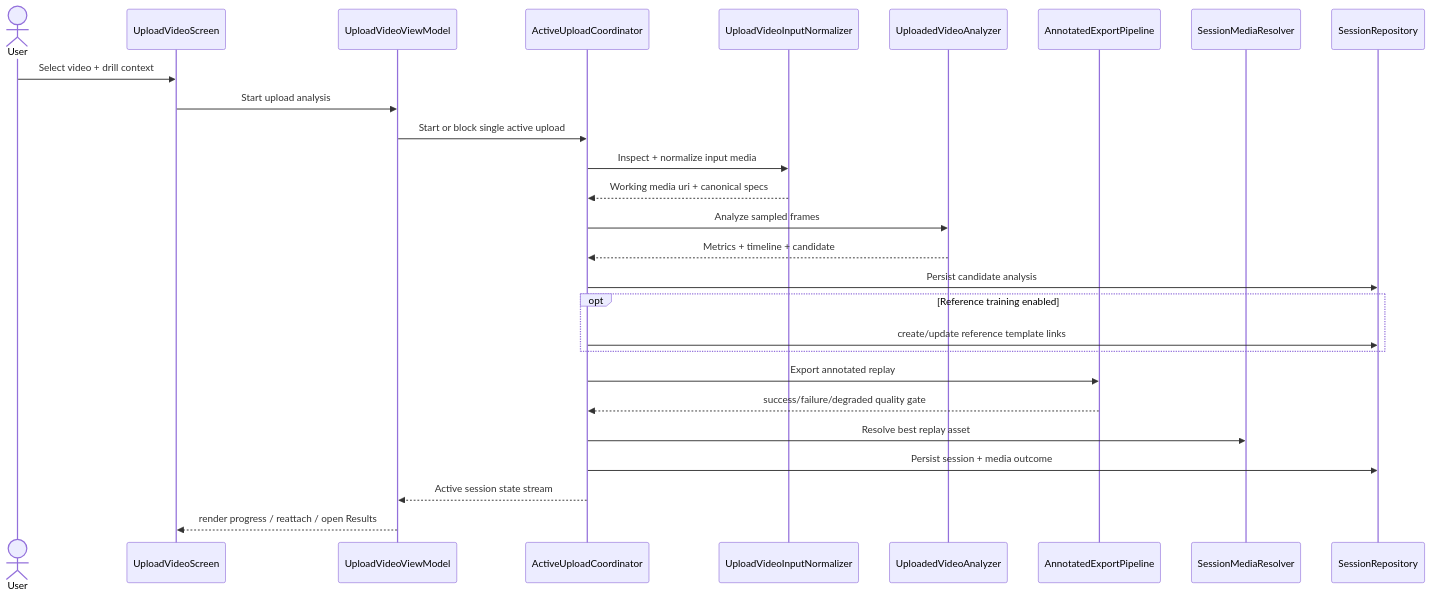
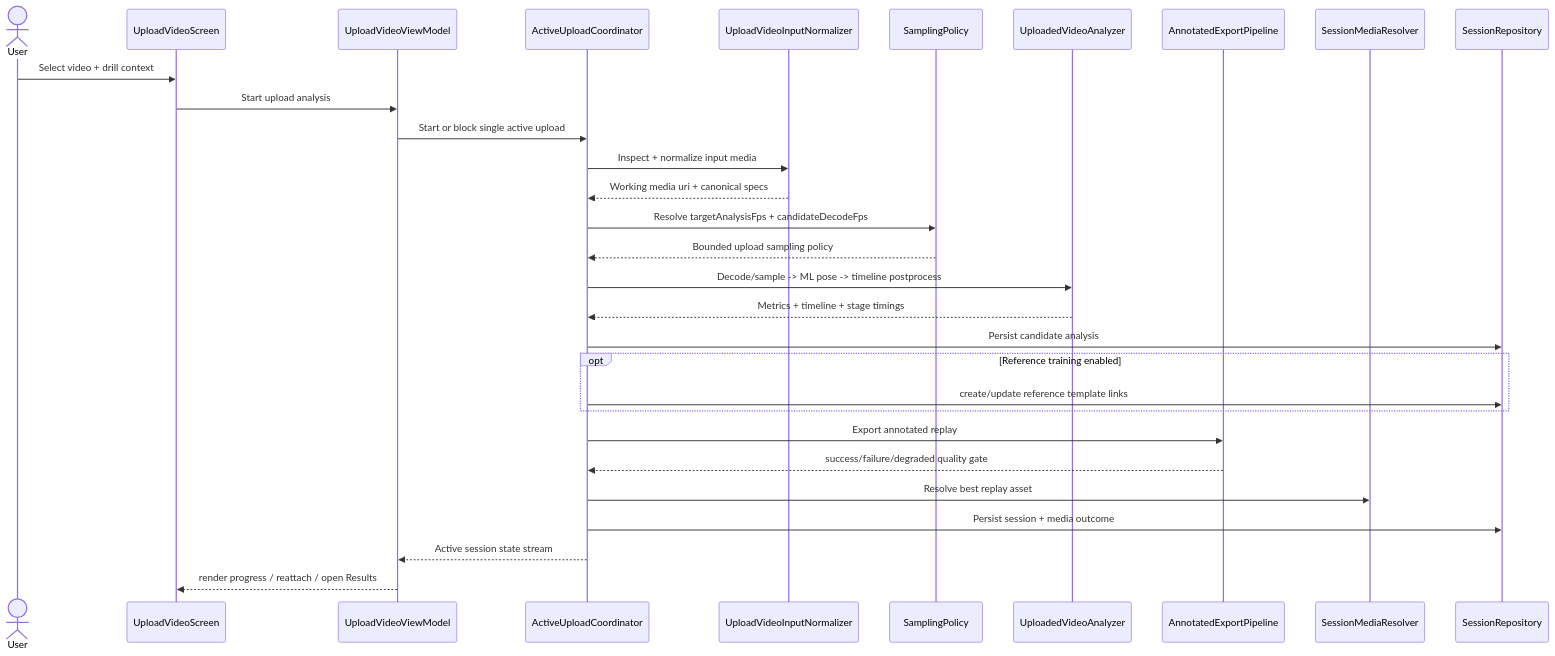
The diagram in docs/diagrams/sequence-import-analysis.md (Voycepeh/CaliVision), drawn with Mermaid before and after one commit. The commit also changed 8 other files, not shown here.

Commit message:
Optimize upload analysis pipeline and stage diagnostics

````diff
--- a/docs/diagrams/sequence-import-analysis.md
+++ b/docs/diagrams/sequence-import-analysis.md
@@ -3,32 +3,35 @@
 ```mermaid
 sequenceDiagram
     actor User
     participant UI as UploadVideoScreen
     participant VM as UploadVideoViewModel
     participant Coord as ActiveUploadCoordinator
     participant Normalize as UploadVideoInputNormalizer
+    participant Sample as SamplingPolicy
     participant Analyzer as UploadedVideoAnalyzer
     participant Export as AnnotatedExportPipeline
     participant Resolver as SessionMediaResolver
     participant Repo as SessionRepository
 
     User->>UI: Select video + drill context
     UI->>VM: Start upload analysis
     VM->>Coord: Start or block single active upload
     Coord->>Normalize: Inspect + normalize input media
     Normalize-->>Coord: Working media uri + canonical specs
-    Coord->>Analyzer: Analyze sampled frames
-    Analyzer-->>Coord: Metrics + timeline + candidate
+    Coord->>Sample: Resolve targetAnalysisFps + candidateDecodeFps
+    Sample-->>Coord: Bounded upload sampling policy
+    Coord->>Analyzer: Decode/sample -> ML pose -> timeline postprocess
+    Analyzer-->>Coord: Metrics + timeline + stage timings
     Coord->>Repo: Persist candidate analysis
 
     opt Reference training enabled
       Coord->>Repo: create/update reference template links
     end
 
     Coord->>Export: Export annotated replay
     Export-->>Coord: success/failure/degraded quality gate
     Coord->>Resolver: Resolve best replay asset
     Coord->>Repo: Persist session + media outcome
     Coord-->>VM: Active session state stream
     VM-->>UI: render progress / reattach / open Results
 ```
````
